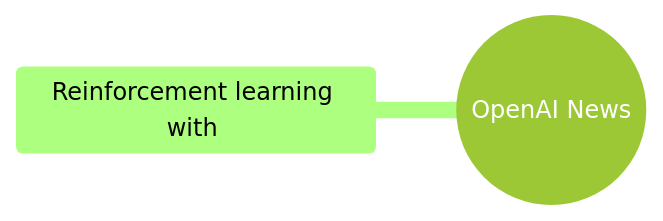
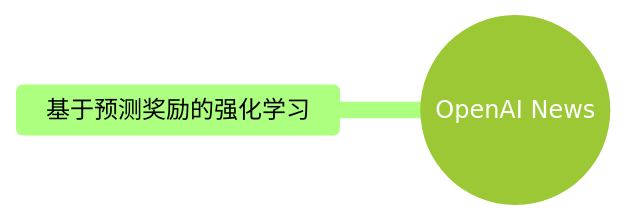
One commit to zhouxiaoqi2925/Obsidian changed the first of 2 diagrams in Inbox/OpenAI-2026-07-17.md. Above: the diagram before and after it, drawn with Mermaid (forest theme). The commit also changed other lines of this file and 4 other files, not shown here.

````diff
--- a/Inbox/OpenAI-2026-07-17.md
+++ b/Inbox/OpenAI-2026-07-17.md
@@ -24,5 +24,5 @@
 ```mermaid
 mindmap
   root((OpenAI News))
-    Reinforcement learning with 
+    基于预测奖励的强化学习
 ```
````
